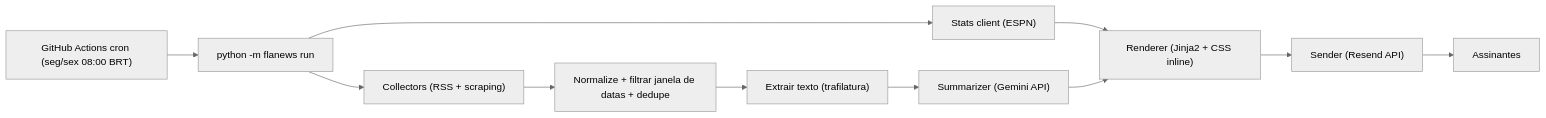
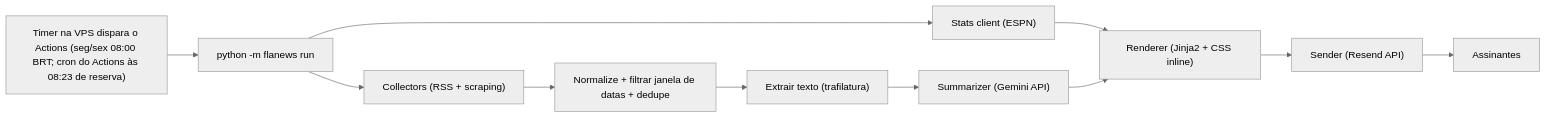
Before and after one commit to dpontejs/flamengo-news: the diagram in docs/PLAN.md, drawn with Mermaid (neutral theme). The commit also changed other lines of this file and 7 other files, not shown here.

Commit message:
feat: trigger the newsletter from the vps with a backup cron and skip editions already sent

````diff
--- a/docs/PLAN.md
+++ b/docs/PLAN.md
@@ -12,13 +12,13 @@
 ```mermaid
 flowchart LR
-    CRON["GitHub Actions cron (seg/sex 08:00 BRT)"] --> RUN["python -m flanews run"]
+    CRON["Timer na VPS dispara o Actions (seg/sex 08:00 BRT; cron do Actions às 08:23 de reserva)"] --> RUN["python -m flanews run"]
     RUN --> COL["Collectors (RSS + scraping)"]
     RUN --> STATS["Stats client (ESPN)"]
     COL --> NORM["Normalize + filtrar janela de datas + dedupe"]
     NORM --> EXT["Extrair texto (trafilatura)"]
     EXT --> SUM["Summarizer (Gemini API)"]
     STATS --> REND["Renderer (Jinja2 + CSS inline)"]
     SUM --> REND
     REND --> SEND["Sender (Resend API)"]
     SEND --> SUBS["Assinantes"]
 ```
````
